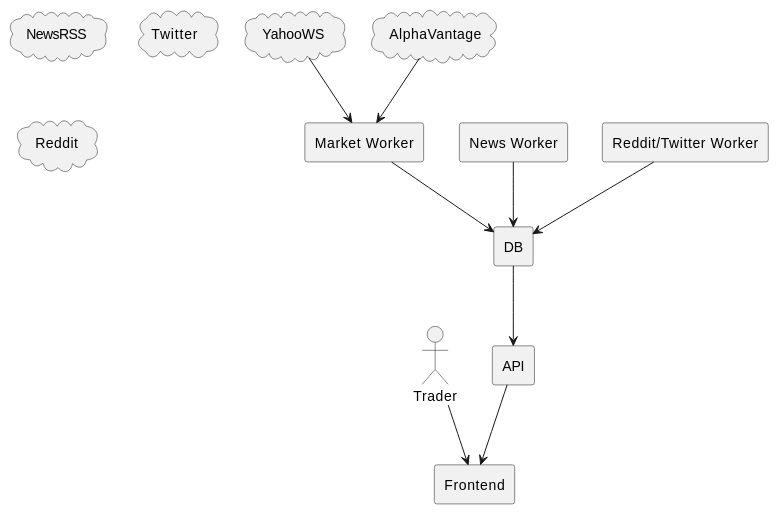
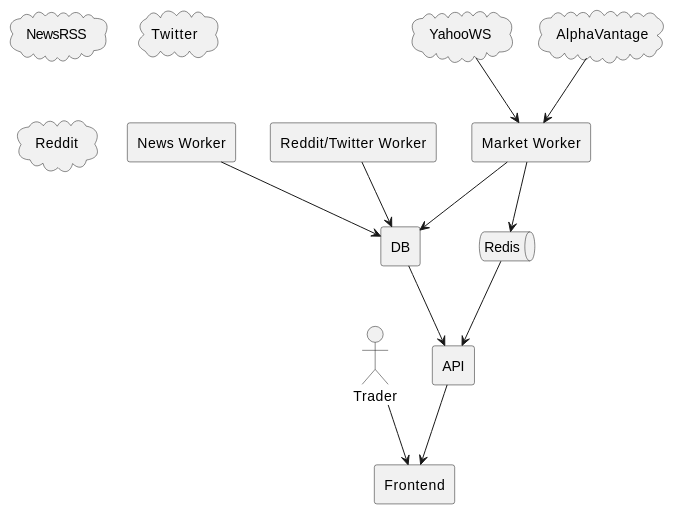
Before and after one commit to AvacynLab/onchart: the diagram in docs/DATA_FLOW.md, drawn with PlantUML. The commit also changed other lines of this file and 57 other files, not shown here.

````diff
--- a/docs/DATA_FLOW.md
+++ b/docs/DATA_FLOW.md
@@ -3,26 +3,29 @@
 ```plantuml
 @startuml
 actor Trader
 cloud YahooWS
 cloud AlphaVantage
 cloud NewsRSS
 cloud Twitter
 cloud Reddit
 
 rectangle "Market Worker" as MW
 rectangle "News Worker" as NW
 rectangle "Reddit/Twitter Worker" as SW
+queue Redis
 rectangle DB
 rectangle API
 rectangle Frontend
 
 YahooWS --> MW
 AlphaVantage --> MW
+MW --> Redis
 MW --> DB
+Redis --> API
 NW --> DB
 SW --> DB
 DB --> API
 API --> Frontend
 Trader --> Frontend
 @enduml
 ```
````
